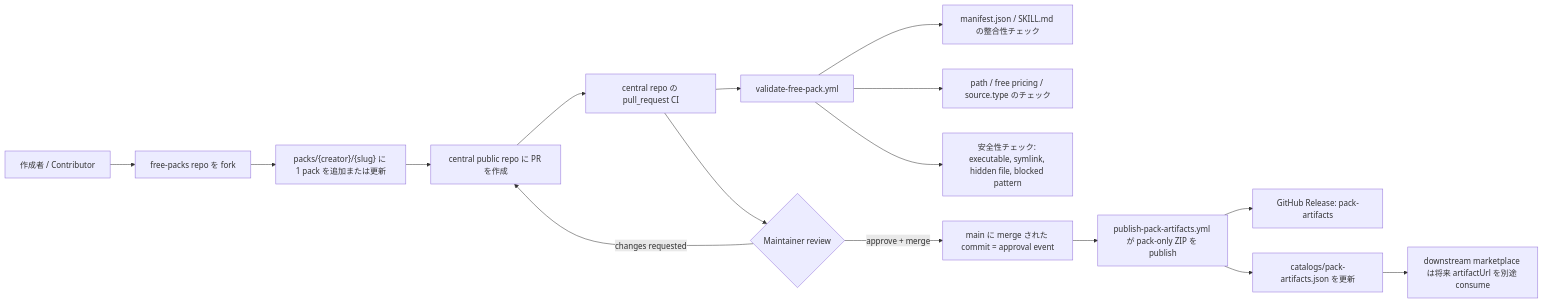
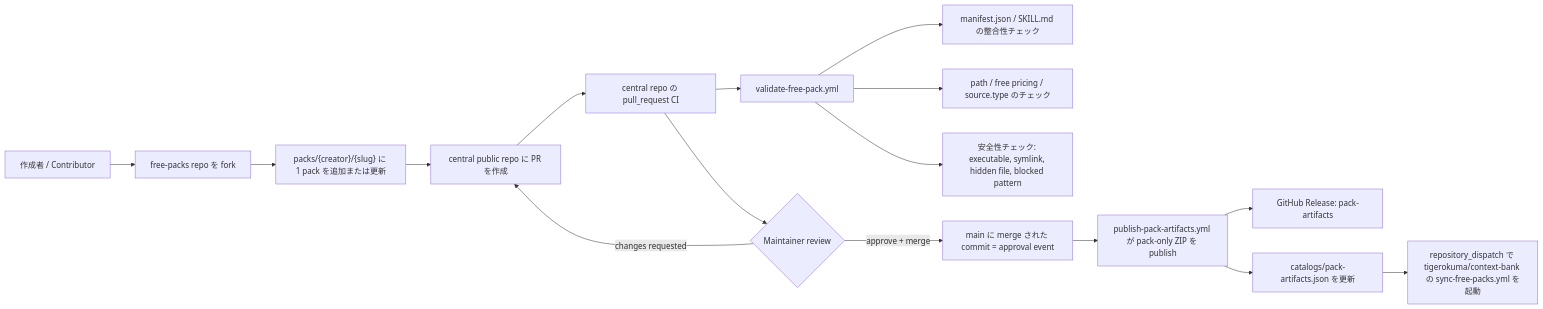
The diagram in README.ja.md (tigerokuma/context-bank-free-packs), drawn with Mermaid before and after one commit. The commit also changed other lines of this file and 4 other files, not shown here.

Commit message:
feat: Automatically dispatch a downstream sync workflow after publishing pack artifacts and updating the catalog.

````diff
--- a/README.ja.md
+++ b/README.ja.md
@@ -25,21 +25,21 @@
 ```mermaid
 flowchart LR
     A["作成者 / Contributor"] --> B["free-packs repo を fork"]
     B --> C["packs/{creator}/{slug} に 1 pack を追加または更新"]
     C --> D["central public repo に PR を作成"]
 
     D --> E["central repo の pull_request CI"]
     E --> E1["validate-free-pack.yml"]
     E1 --> E2["manifest.json / SKILL.md の整合性チェック"]
     E1 --> E3["path / free pricing / source.type のチェック"]
     E1 --> E4["安全性チェック: executable, symlink, hidden file, blocked pattern"]
 
     E --> F{"Maintainer review"}
     F -->|"approve + merge"| G["main に merge された commit = approval event"]
     F -->|"changes requested"| D
 
     G --> H["publish-pack-artifacts.yml が pack-only ZIP を publish"]
     H --> I["GitHub Release: pack-artifacts"]
     H --> J["catalogs/pack-artifacts.json を更新"]
-    J --> K["downstream marketplace は将来 artifactUrl を別途 consume"]
+    J --> K["repository_dispatch で tigerokuma/context-bank の sync-free-packs.yml を起動"]
 ```
````
